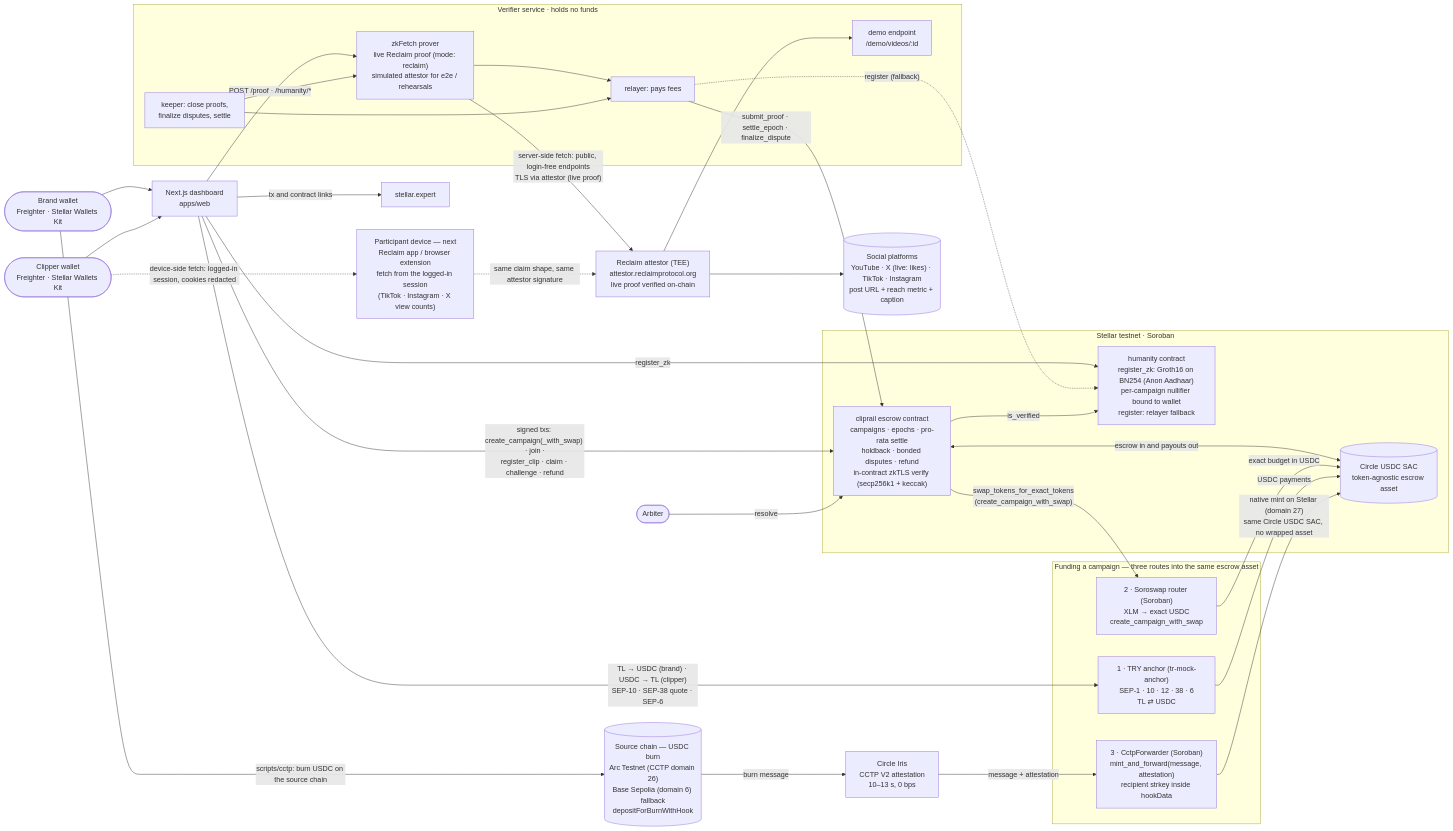
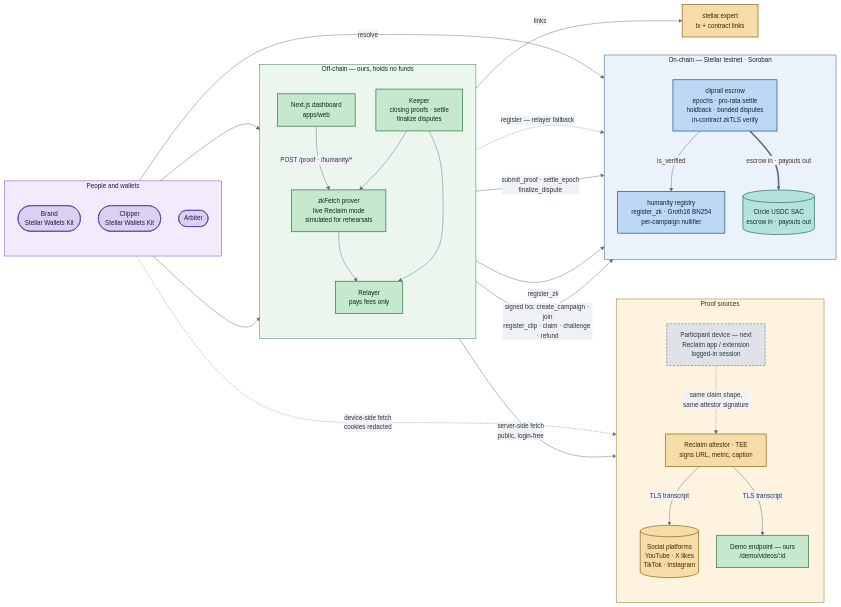
One commit to KayaKerem/cashtag-stellar changed the first of 3 diagrams in README.md. Above: the diagram before and after it, drawn with Mermaid. The commit also changed other lines of this file, not shown here.

Commit message:
docs(readme): colour-coded diagrams, funding routes split, rate-ceiling explainer

````diff
--- a/README.md
+++ b/README.md
@@ -201,63 +203,77 @@
 ```mermaid
+%%{init: {"theme":"base","themeVariables":{"fontFamily":"ui-sans-serif, system-ui, -apple-system, sans-serif","fontSize":"14px","lineColor":"#5b6b7d","textColor":"#16202c","edgeLabelBackground":"#eef2f7","clusterBkg":"#f4f6fa","clusterBorder":"#93a1b3"},"flowchart":{"curve":"basis","nodeSpacing":40,"rankSpacing":85}}}%%
 flowchart LR
-  Brand(["Brand wallet<br/>Freighter · Stellar Wallets Kit"])
-  Clipper(["Clipper wallet<br/>Freighter · Stellar Wallets Kit"])
-  Arbiter([Arbiter])
-  Web["Next.js dashboard<br/>apps/web"]
-
-  subgraph Stellar["Stellar testnet · Soroban"]
-    CR["cliprail escrow contract<br/>campaigns · epochs · pro-rata settle<br/>holdback · bonded disputes · refund<br/>in-contract zkTLS verify (secp256k1 + keccak)"]
-    HU["humanity contract<br/>register_zk: Groth16 on BN254 (Anon Aadhaar)<br/>per-campaign nullifier bound to wallet<br/>register: relayer fallback"]
-    USDC[("Circle USDC SAC<br/>token-agnostic escrow asset")]
+  subgraph WHO["People and wallets"]
+    direction TB
+    Brand(["Brand<br/>Stellar Wallets Kit"])
+    Clipper(["Clipper<br/>Stellar Wallets Kit"])
+    Arbiter(["Arbiter"])
   end
 
-  subgraph FUND["Funding a campaign — three routes into the same escrow asset"]
-    AN["1 · TRY anchor (tr-mock-anchor)<br/>SEP-1 · 10 · 12 · 38 · 6<br/>TL ⇄ USDC"]
-    SW["2 · Soroswap router (Soroban)<br/>XLM → exact USDC<br/>create_campaign_with_swap"]
-    FW["3 · CctpForwarder (Soroban)<br/>mint_and_forward(message, attestation)<br/>recipient strkey inside hookData"]
+  subgraph OFF["Off-chain — ours, holds no funds"]
+    direction TB
+    Web["Next.js dashboard<br/>apps/web"]
+    ZK["zkFetch prover<br/>live Reclaim mode<br/>simulated for rehearsals"]
+    KP["Keeper<br/>closing proofs · settle<br/>finalize disputes"]
+    RL["Relayer<br/>pays fees only"]
   end
 
-  subgraph VS["Verifier service · holds no funds"]
-    ZK["zkFetch prover<br/>live Reclaim proof (mode: reclaim)<br/>simulated attestor for e2e / rehearsals"]
-    KP["keeper: close proofs,<br/>finalize disputes, settle"]
-    RL["relayer: pays fees"]
-    DM["demo endpoint<br/>/demo/videos/:id"]
+  subgraph PRF["Proof sources"]
+    direction TB
+    AT["Reclaim attestor · TEE<br/>signs URL, metric, caption"]
+    SP[("Social platforms<br/>YouTube · X likes<br/>TikTok · Instagram")]
+    DM["Demo endpoint — ours<br/>/demo/videos/:id"]
+    DEV["Participant device — next<br/>Reclaim app / extension<br/>logged-in session"]
   end
 
-  AT["Reclaim attestor (TEE)<br/>attestor.reclaimprotocol.org<br/>live proof verified on-chain"]
-  SP[("Social platforms<br/>YouTube · X (live: likes) · TikTok · Instagram<br/>post URL + reach metric + caption")]
-  DEV["Participant device — next<br/>Reclaim app / browser extension<br/>fetch from the logged-in session<br/>(TikTok · Instagram · X view counts)"]
-  SRC[("Source chain — USDC burn<br/>Arc Testnet (CCTP domain 26)<br/>Base Sepolia (domain 6) fallback<br/>depositForBurnWithHook")]
-  IRIS["Circle Iris<br/>CCTP V2 attestation<br/>10–13 s, 0 bps"]
-  SE["stellar.expert"]
+  subgraph CHAIN["On-chain — Stellar testnet · Soroban"]
+    direction TB
+    CR["cliprail escrow<br/>epochs · pro-rata settle<br/>holdback · bonded disputes<br/>in-contract zkTLS verify"]
+    HU["humanity registry<br/>register_zk · Groth16 BN254<br/>per-campaign nullifier"]
+    USDC[("Circle USDC SAC<br/>escrow in · payouts out")]
+  end
+
+  SE["stellar.expert<br/>tx + contract links"]
 
   Brand --> Web
   Clipper --> Web
-  Web -- "signed txs: create_campaign(_with_swap) · join ·<br/>register_clip · claim · challenge · refund" --> CR
+  Web -- "signed txs: create_campaign · join<br/>register_clip · claim · challenge · refund" --> CR
   Web -- "register_zk" --> HU
   Web -- "POST /proof · /humanity/*" --> ZK
-  Arbiter -- resolve --> CR
+  Web -- "links" --> SE
+  Arbiter -- "resolve" --> CR
 
-  ZK -- "server-side fetch: public, login-free endpoints<br/>TLS via attestor (live proof)" --> AT
-  Clipper -. "device-side fetch: logged-in session, cookies redacted" .-> DEV
-  DEV -. "same claim shape, same attestor signature" .-> AT
-  AT --> SP
-  AT --> DM
   KP --> ZK
+  KP --> RL
   ZK --> RL
-  KP --> RL
-  RL -- "submit_proof · settle_epoch · finalize_dispute" --> CR
-  RL -. "register (fallback)" .-> HU
+  RL -- "submit_proof · settle_epoch<br/>finalize_dispute" --> CR
+  RL -. "register — relayer fallback" .-> HU
 
-  CR -- is_verified --> HU
-  CR <-- escrow in and payouts out --> USDC
-  CR -- "swap_tokens_for_exact_tokens<br/>(create_campaign_with_swap)" --> SW
-  SW -- "exact budget in USDC" --> USDC
-  Web -- "TL → USDC (brand) · USDC → TL (clipper)<br/>SEP-10 · SEP-38 quote · SEP-6" --> AN
-  AN -- "USDC payments" --> USDC
-  Brand -- "scripts/cctp: burn USDC on the source chain" --> SRC
-  SRC -- "burn message" --> IRIS
-  IRIS -- "message + attestation" --> FW
-  FW -- "native mint on Stellar (domain 27)<br/>same Circle USDC SAC, no wrapped asset" --> USDC
-  Web -- "tx and contract links" --> SE
+  ZK -- "server-side fetch<br/>public, login-free" --> AT
+  Clipper -. "device-side fetch<br/>cookies redacted" .-> DEV
+  DEV -. "same claim shape,<br/>same attestor signature" .-> AT
+  AT -- "TLS transcript" --> SP
+  AT -- "TLS transcript" --> DM
+
+  CR -- "is_verified" --> HU
+  CR == "escrow in · payouts out" ==> USDC
+
+  classDef chain fill:#bcd8f5,stroke:#1f4e79,stroke-width:1.5px,color:#0f2338
+  classDef ours fill:#c6e8cd,stroke:#2f6f4a,stroke-width:1.5px,color:#10291b
+  classDef ext fill:#f6dca6,stroke:#8a6310,stroke-width:1.5px,color:#3b2a06
+  classDef who fill:#dcd0f2,stroke:#5b3fa8,stroke-width:1.5px,color:#241442
+  classDef money fill:#b6e2dd,stroke:#22696b,stroke-width:1.5px,color:#0f302f
+  classDef next fill:#dfe3e8,stroke:#7b8794,stroke-width:1.5px,stroke-dasharray:5 3,color:#2b3440
+
+  class CR,HU chain
+  class Web,ZK,KP,RL,DM ours
+  class AT,SP,SE ext
+  class Brand,Clipper,Arbiter who
+  class USDC money
+  class DEV next
+
+  style CHAIN fill:#eaf2fc,stroke:#1f4e79,color:#0f2338
+  style OFF fill:#eaf6ee,stroke:#2f6f4a,color:#10291b
+  style PRF fill:#fdf3de,stroke:#8a6310,color:#3b2a06
+  style WHO fill:#f1ebfb,stroke:#5b3fa8,color:#241442
 ```
````
